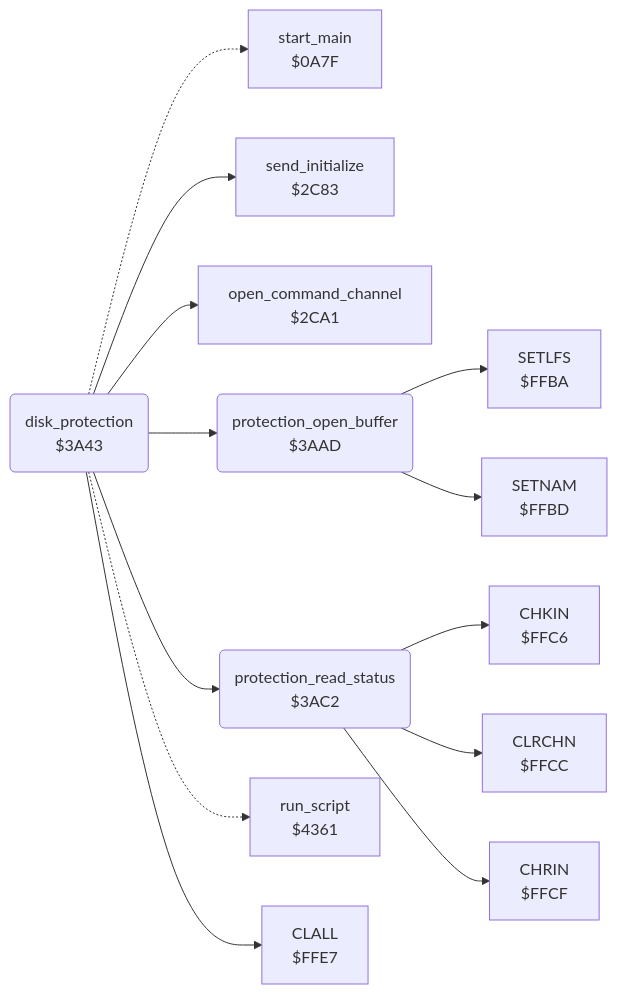
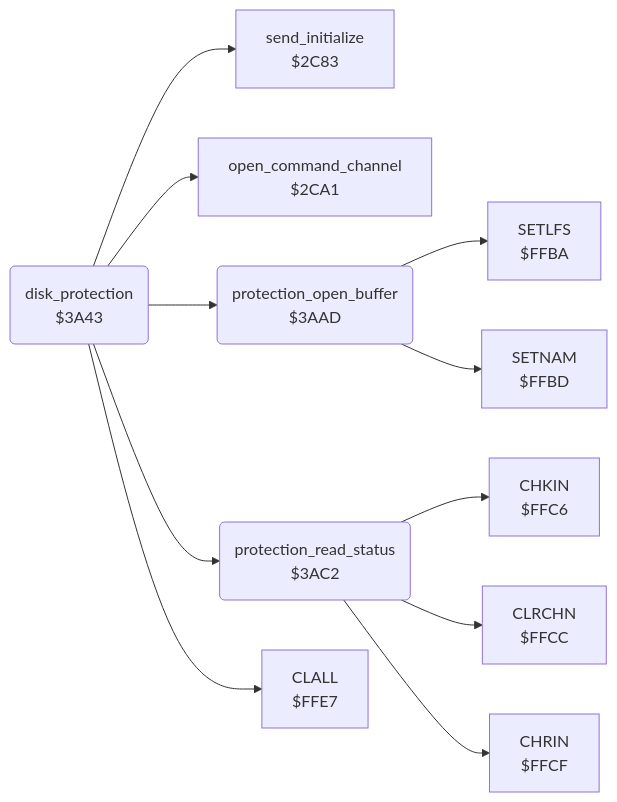
Before and after one commit to henols/c64_games: the diagram in koala_painter/v2/docs/reference/modules/protection/disk_protection.md, drawn with Mermaid. The commit also changed other lines of this file and 1100 other files, not shown here.

````diff
--- a/koala_painter/v2/docs/reference/modules/protection/disk_protection.md
+++ b/koala_painter/v2/docs/reference/modules/protection/disk_protection.md
@@ -10,28 +24,24 @@
 ```mermaid
 flowchart LR
-  n0a7f["start_main<br/>$0A7F"]
   n2c83["send_initialize<br/>$2C83"]
   n2ca1["open_command_channel<br/>$2CA1"]
   n3a43("disk_protection<br/>$3A43")
   n3aad("protection_open_buffer<br/>$3AAD")
   n3ac2("protection_read_status<br/>$3AC2")
-  n4361["run_script<br/>$4361"]
   nffba["SETLFS<br/>$FFBA"]
   nffbd["SETNAM<br/>$FFBD"]
   nffc6["CHKIN<br/>$FFC6"]
   nffcc["CLRCHN<br/>$FFCC"]
   nffcf["CHRIN<br/>$FFCF"]
   nffe7["CLALL<br/>$FFE7"]
-  n3a43 -.-> n0a7f
   n3a43 --> n2c83
   n3a43 --> n2ca1
   n3a43 --> n3aad
   n3a43 --> n3ac2
-  n3a43 -.-> n4361
   n3a43 --> nffe7
   n3aad --> nffba
   n3aad --> nffbd
   n3ac2 --> nffc6
   n3ac2 --> nffcc
   n3ac2 --> nffcf
 ```
````
